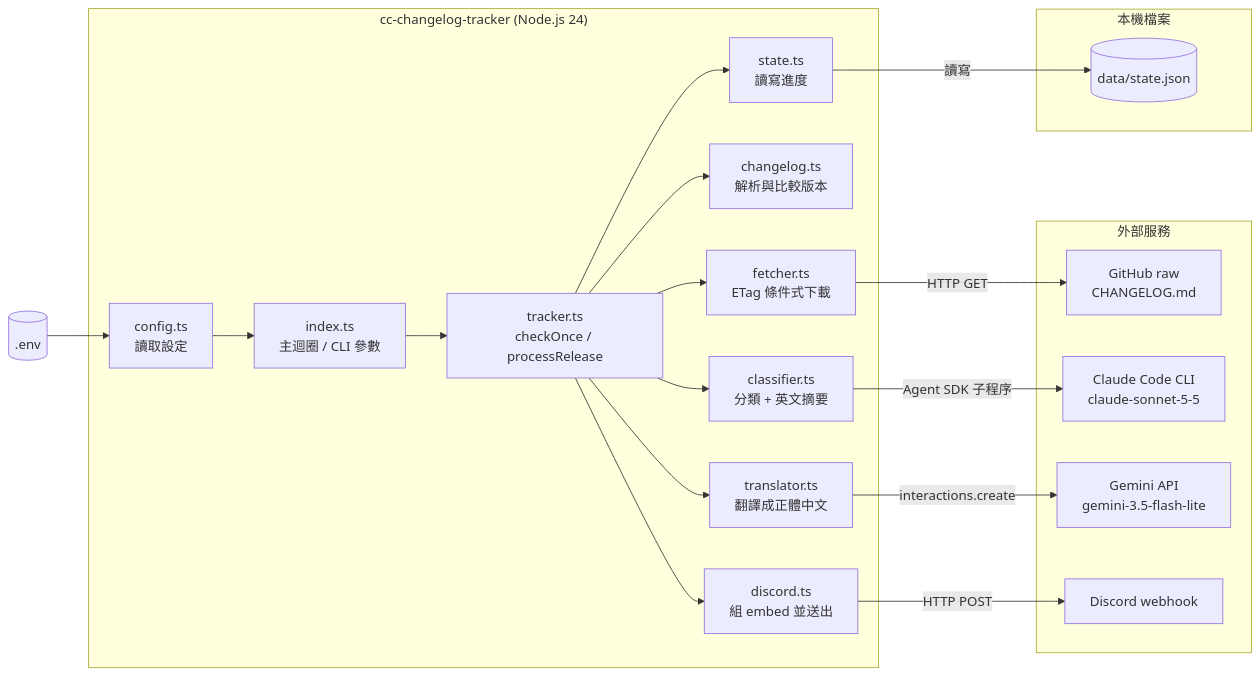
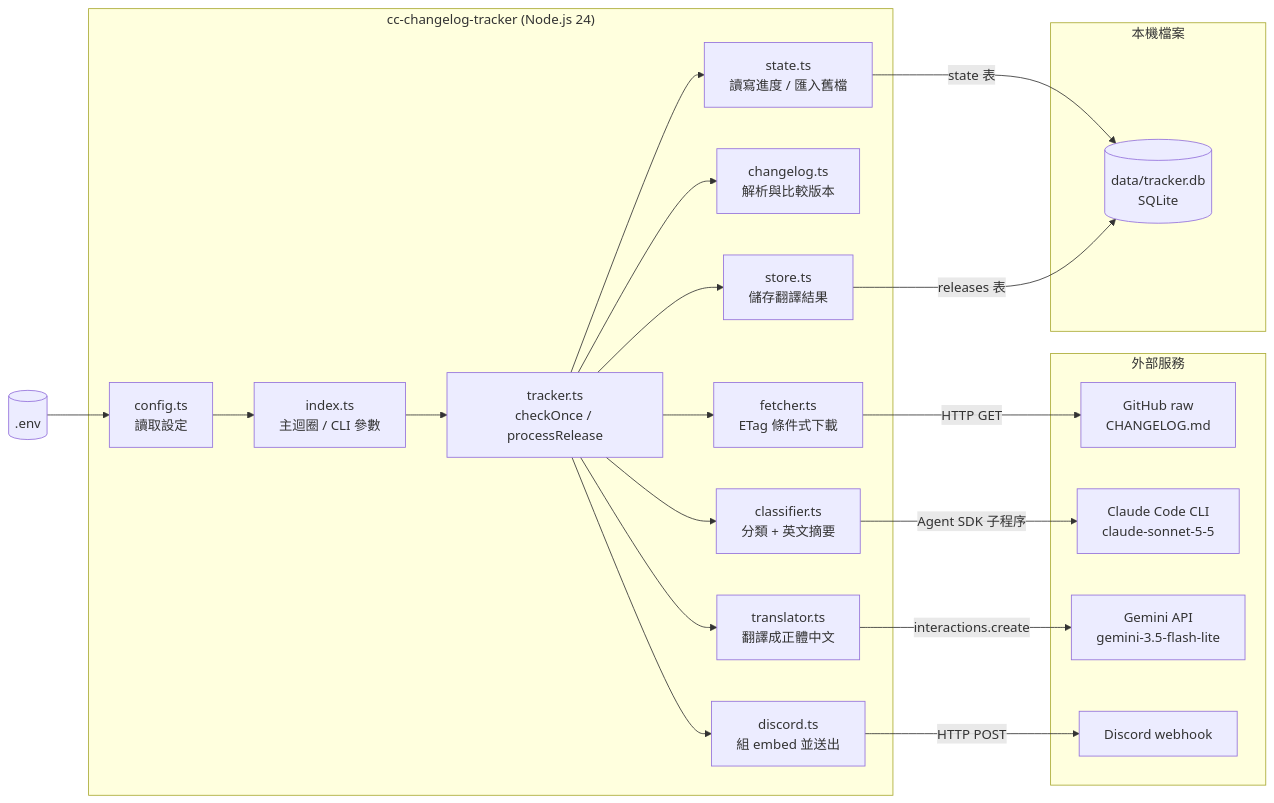
One commit to seanmars/cc-changelog-tracker changed the diagram in docs/src/architecture.mmd. Above: the diagram before and after it, drawn with Mermaid. The commit also changed 3 other files, not shown here.

```diff
--- a/docs/src/architecture.mmd
+++ b/docs/src/architecture.mmd
@@ -1,40 +1,43 @@
 flowchart LR
   env[(".env")]
 
   subgraph app["cc-changelog-tracker (Node.js 24)"]
     config["config.ts<br/>讀取設定"]
     index["index.ts<br/>主迴圈 / CLI 參數"]
     tracker["tracker.ts<br/>checkOnce / processRelease"]
     fetcher["fetcher.ts<br/>ETag 條件式下載"]
     changelog["changelog.ts<br/>解析與比較版本"]
     classifier["classifier.ts<br/>分類 + 英文摘要"]
     translator["translator.ts<br/>翻譯成正體中文"]
     discord["discord.ts<br/>組 embed 並送出"]
-    state["state.ts<br/>讀寫進度"]
+    state["state.ts<br/>讀寫進度 / 匯入舊檔"]
+    store["store.ts<br/>儲存翻譯結果"]
   end
 
   subgraph ext["外部服務"]
     github["GitHub raw<br/>CHANGELOG.md"]
     claude["Claude Code CLI<br/>claude-sonnet-5-5"]
     gemini["Gemini API<br/>gemini-3.5-flash-lite"]
     webhook["Discord webhook"]
   end
 
   subgraph local["本機檔案"]
-    statefile[("data/state.json")]
+    dbfile[("data/tracker.db<br/>SQLite")]
   end
 
   env --> config
   config --> index
   index --> tracker
   tracker --> fetcher
   tracker --> changelog
   tracker --> classifier
   tracker --> translator
   tracker --> discord
   tracker --> state
+  tracker --> store
   fetcher -->|"HTTP GET"| github
   classifier -->|"Agent SDK 子程序"| claude
   translator -->|"interactions.create"| gemini
   discord -->|"HTTP POST"| webhook
-  state -->|"讀寫"| statefile
+  state -->|"state 表"| dbfile
+  store -->|"releases 表"| dbfile
```
